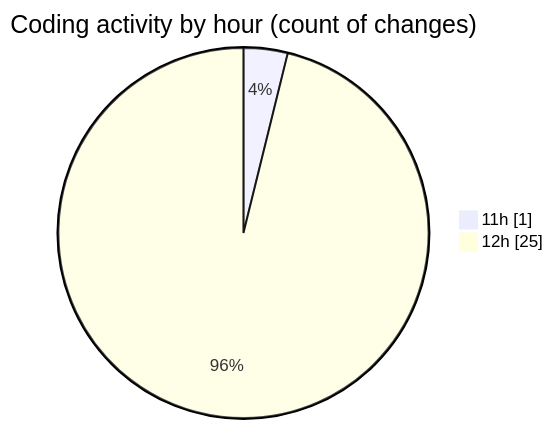
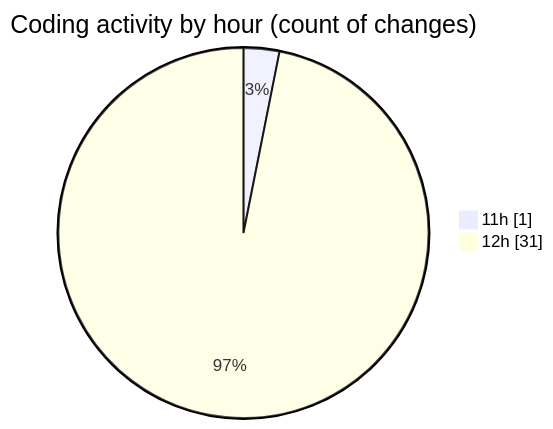
One commit to nxtqubesakshisongat/code-tracking changed the second of 2 diagrams in 2025-09-01/nxtqube_webapp/README.md. Above: the diagram before and after it, drawn with Mermaid. The commit also changed other lines of this file and 1 other file, not shown here.

````diff
--- a/2025-09-01/nxtqube_webapp/README.md
+++ b/2025-09-01/nxtqube_webapp/README.md
@@ -34,6 +34,6 @@
 ```mermaid
 pie showData
 title Coding activity by hour (count of changes)
 "11h" : 1
-"12h" : 25
+"12h" : 31
 ```
````
